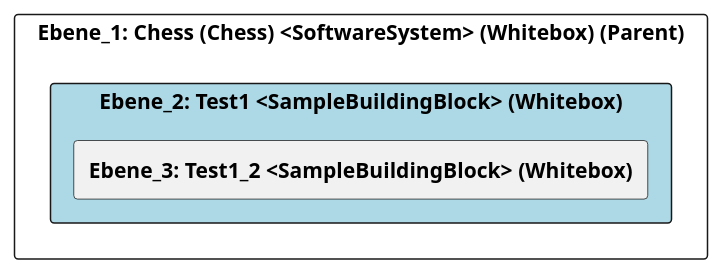
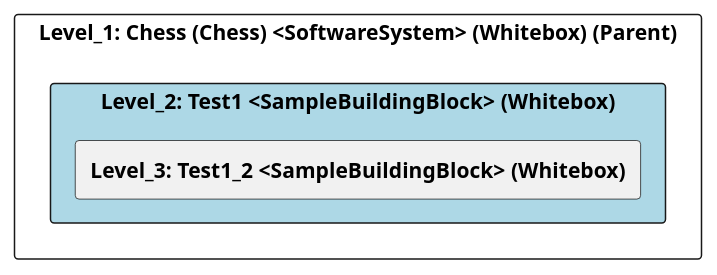
One commit to marcozwyssig/cleon changed the diagram in src/cleon.architecturemethods.arc42.sample/doc/cleon_architecturemethods_arc42_sample_arc42/adoc/de/05_bausteinsicht/chess/test1/ebene_2_test1.adoc. Above: the diagram before and after it, drawn with PlantUML. The commit also changed other lines of this file and 83 other files, not shown here.

```diff
--- a/src/cleon.architecturemethods.arc42.sample/doc/cleon_architecturemethods_arc42_sample_arc42/adoc/de/05_bausteinsicht/chess/test1/ebene_2_test1.adoc
+++ b/src/cleon.architecturemethods.arc42.sample/doc/cleon_architecturemethods_arc42_sample_arc42/adoc/de/05_bausteinsicht/chess/test1/ebene_2_test1.adoc
@@ -22,24 +22,24 @@
-[plantuml, Ebene_2: Test1 <SampleBuildingBlock> (Whitebox)BlockOverview, format="svg"]
+[plantuml, Level_2: Test1 <SampleBuildingBlock> (Whitebox)BlockOverview, format="svg"]
 ----
-@startuml Ebene_2: Test1 <SampleBuildingBlock> (Whitebox)BuildingBlockOverview
+@startuml Level_2: Test1 <SampleBuildingBlock> (Whitebox)BuildingBlockOverview
 
 skinparam ranksep 10
 skinparam componentStyle rectangle
 skinparam shadowing false
 skinparam arrowColor lightblue
 skinparam arrowThickness 1.2
 skinparam rectangle {
   BackgroundColor White
   BorderColor #333
   RoundCorner 10
 }
 top to bottom direction
 
-component "Ebene_1: Chess (Chess) <SoftwareSystem> (Whitebox) (Parent)" {
-    component "Ebene_2: Test1 <SampleBuildingBlock> (Whitebox)" #lightblue {
-        [**Ebene_3: Test1_2 <SampleBuildingBlock> (Whitebox)**] as 489CD282_D579_11EE_903E_9F564E4DE07E
+component "Level_1: Chess (Chess) <SoftwareSystem> (Whitebox) (Parent)" {
+    component "Level_2: Test1 <SampleBuildingBlock> (Whitebox)" #lightblue {
+        [**Level_3: Test1_2 <SampleBuildingBlock> (Whitebox)**] as 489CD282_D579_11EE_903E_9F564E4DE07E
     }
 }
 
 @enduml
 ----
```
